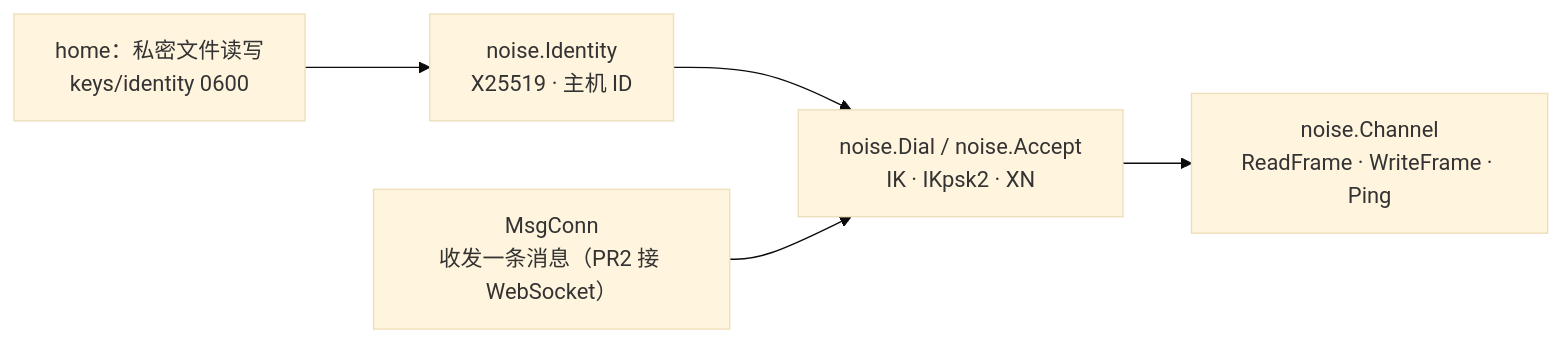
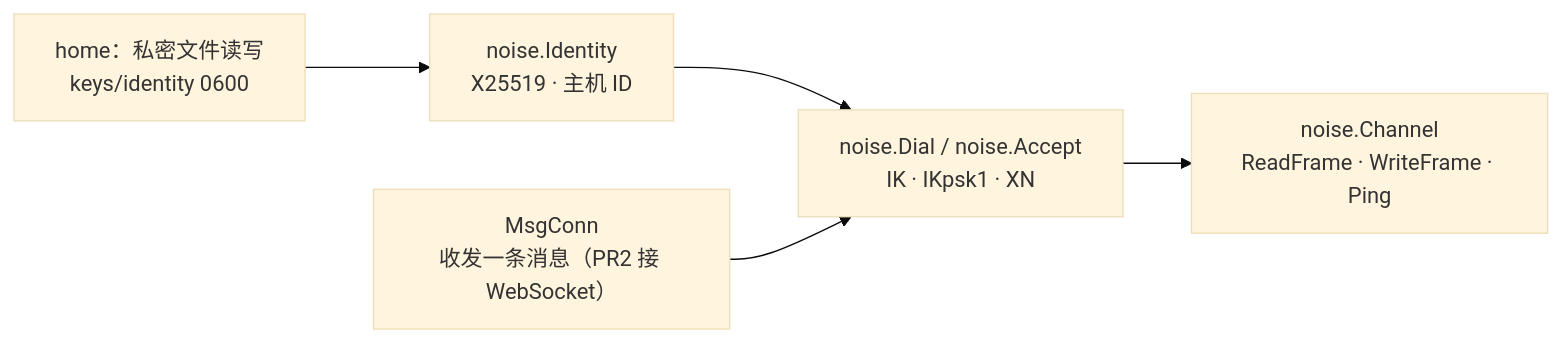
One commit to yangflow/hoplet changed the diagram in docs/plans/m2a-pr1-noise.md. Above: the diagram before and after it, drawn with Mermaid (base theme). The commit also changed other lines of this file and 9 other files, not shown here.

First line of the commit message:
feat(noise): add IK, IKpsk1 and XN handshakes

````diff
--- a/docs/plans/m2a-pr1-noise.md
+++ b/docs/plans/m2a-pr1-noise.md
@@ -13,7 +13,7 @@
 ```mermaid
 flowchart LR
     Home["home：私密文件读写<br/>keys/identity 0600"] --> Id["noise.Identity<br/>X25519 · 主机 ID"]
-    Id --> HS["noise.Dial / noise.Accept<br/>IK · IKpsk2 · XN"]
+    Id --> HS["noise.Dial / noise.Accept<br/>IK · IKpsk1 · XN"]
     MC["MsgConn<br/>收发一条消息（PR2 接 WebSocket）"] --> HS
     HS --> Ch["noise.Channel<br/>ReadFrame · WriteFrame · Ping"]
 ```
````
